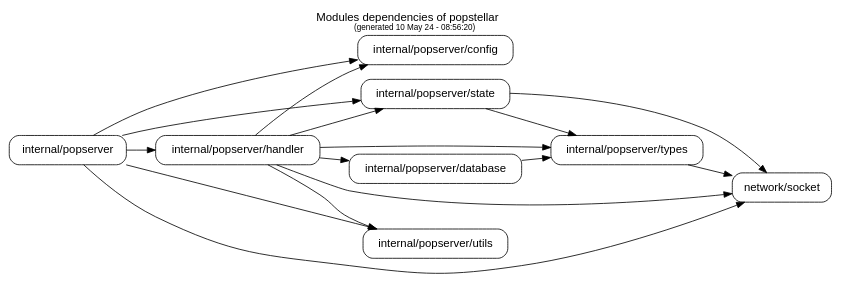
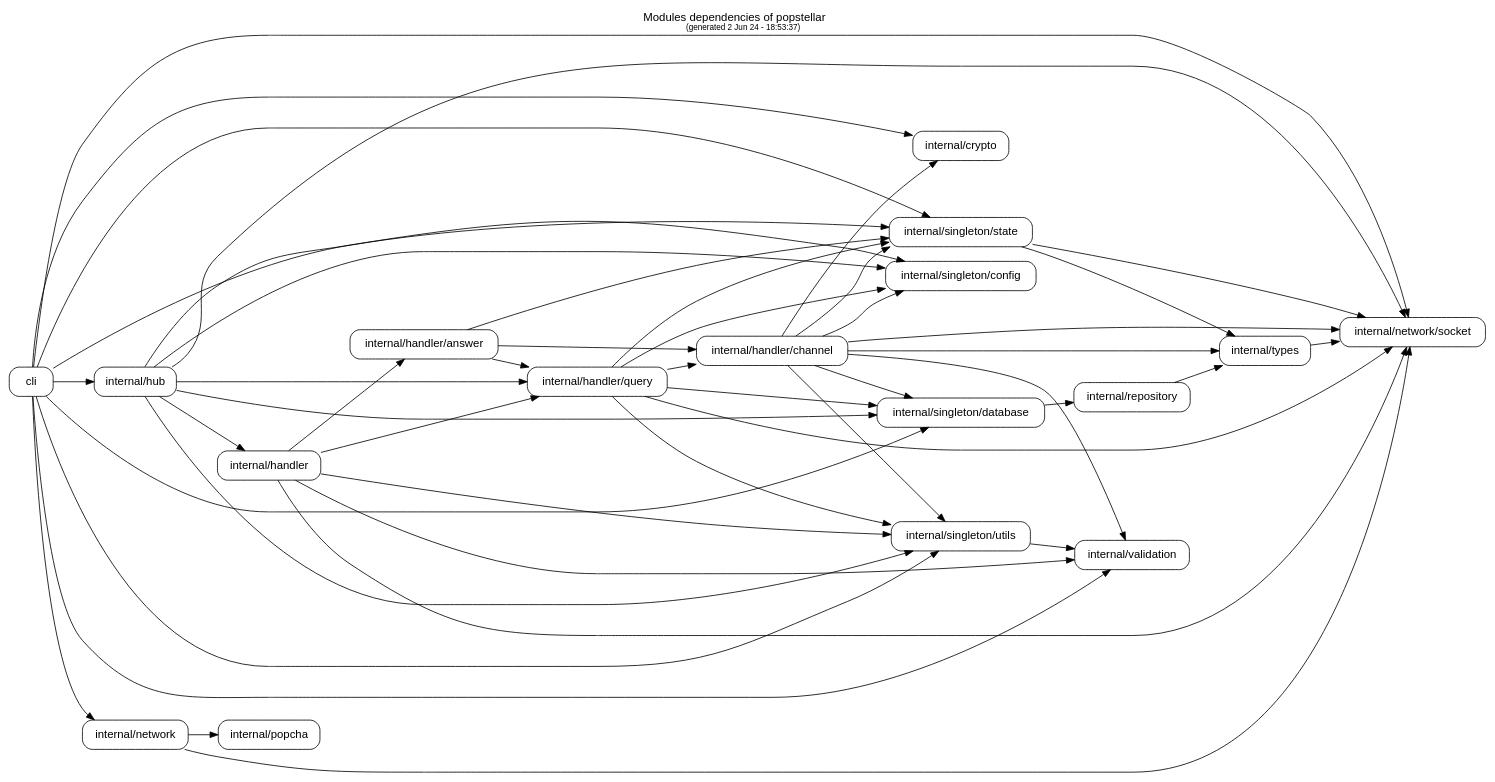
Before and after one commit to dedis/popstellar: the diagram in be1-go/docs/images/dependencies/dependencies.dot, drawn with Graphviz. The commit also changed 2 other files, not shown here.

Commit message:
update the diagram dependencies

```diff
--- a/be1-go/docs/images/dependencies/dependencies.dot
+++ b/be1-go/docs/images/dependencies/dependencies.dot
@@ -1,27 +1,58 @@
 strict digraph {
 labelloc="t";
-label = <Modules dependencies of popstellar <font point-size='10'><br/>(generated 10 May 24 - 08:56:20)</font>>;
+label = <Modules dependencies of popstellar <font point-size='10'><br/>(generated 2 Jun 24 - 18:53:37)</font>>;
 graph [fontname = "helvetica"];
 graph [fontname = "helvetica"];
 node [fontname = "helvetica"];
 edge [fontname = "helvetica"];
 node [shape=box,style=rounded];
 start=0;
 ratio = fill;
 rankdir="LR";
-"internal/popserver" -> "internal/popserver/config" [minlen=1];
-"internal/popserver" -> "internal/popserver/handler" [minlen=1];
-"internal/popserver" -> "internal/popserver/state" [minlen=1];
-"internal/popserver" -> "internal/popserver/utils" [minlen=1];
-"internal/popserver" -> "network/socket" [minlen=1];
-"internal/popserver/database" -> "internal/popserver/types" [minlen=1];
-"internal/popserver/handler" -> "internal/popserver/config" [minlen=1];
-"internal/popserver/handler" -> "internal/popserver/database" [minlen=1];
-"internal/popserver/handler" -> "internal/popserver/state" [minlen=1];
-"internal/popserver/handler" -> "internal/popserver/types" [minlen=1];
-"internal/popserver/handler" -> "internal/popserver/utils" [minlen=1];
-"internal/popserver/handler" -> "network/socket" [minlen=1];
-"internal/popserver/state" -> "internal/popserver/types" [minlen=1];
-"internal/popserver/state" -> "network/socket" [minlen=1];
-"internal/popserver/types" -> "network/socket" [minlen=1];
+"cli" -> "internal/crypto" [minlen=1];
+"cli" -> "internal/hub" [minlen=1];
+"cli" -> "internal/network" [minlen=1];
+"cli" -> "internal/network/socket" [minlen=1];
+"cli" -> "internal/singleton/config" [minlen=1];
+"cli" -> "internal/singleton/database" [minlen=1];
+"cli" -> "internal/singleton/state" [minlen=1];
+"cli" -> "internal/singleton/utils" [minlen=1];
+"cli" -> "internal/validation" [minlen=1];
+"internal/handler" -> "internal/handler/answer" [minlen=1];
+"internal/handler" -> "internal/handler/query" [minlen=1];
+"internal/handler" -> "internal/network/socket" [minlen=1];
+"internal/handler" -> "internal/singleton/utils" [minlen=1];
+"internal/handler" -> "internal/validation" [minlen=1];
+"internal/handler/answer" -> "internal/handler/channel" [minlen=1];
+"internal/handler/answer" -> "internal/handler/query" [minlen=1];
+"internal/handler/answer" -> "internal/singleton/state" [minlen=1];
+"internal/handler/channel" -> "internal/crypto" [minlen=1];
+"internal/handler/channel" -> "internal/network/socket" [minlen=1];
+"internal/handler/channel" -> "internal/singleton/config" [minlen=1];
+"internal/handler/channel" -> "internal/singleton/database" [minlen=1];
+"internal/handler/channel" -> "internal/singleton/state" [minlen=1];
+"internal/handler/channel" -> "internal/singleton/utils" [minlen=1];
+"internal/handler/channel" -> "internal/types" [minlen=1];
+"internal/handler/channel" -> "internal/validation" [minlen=1];
+"internal/handler/query" -> "internal/handler/channel" [minlen=1];
+"internal/handler/query" -> "internal/network/socket" [minlen=1];
+"internal/handler/query" -> "internal/singleton/config" [minlen=1];
+"internal/handler/query" -> "internal/singleton/database" [minlen=1];
+"internal/handler/query" -> "internal/singleton/state" [minlen=1];
+"internal/handler/query" -> "internal/singleton/utils" [minlen=1];
+"internal/hub" -> "internal/handler" [minlen=1];
+"internal/hub" -> "internal/handler/query" [minlen=1];
+"internal/hub" -> "internal/network/socket" [minlen=1];
+"internal/hub" -> "internal/singleton/config" [minlen=1];
+"internal/hub" -> "internal/singleton/database" [minlen=1];
+"internal/hub" -> "internal/singleton/state" [minlen=1];
+"internal/hub" -> "internal/singleton/utils" [minlen=1];
+"internal/network" -> "internal/network/socket" [minlen=1];
+"internal/network" -> "internal/popcha" [minlen=1];
+"internal/repository" -> "internal/types" [minlen=1];
+"internal/singleton/database" -> "internal/repository" [minlen=1];
+"internal/singleton/state" -> "internal/network/socket" [minlen=1];
+"internal/singleton/state" -> "internal/types" [minlen=1];
+"internal/singleton/utils" -> "internal/validation" [minlen=1];
+"internal/types" -> "internal/network/socket" [minlen=1];
 }
```
